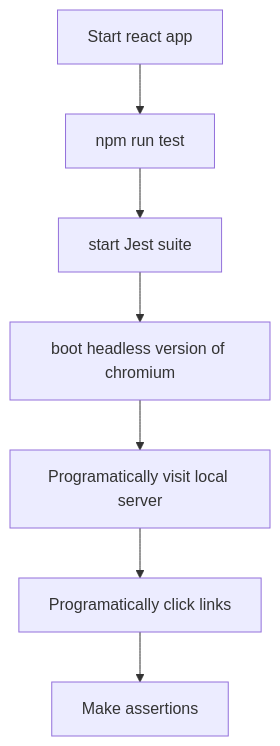
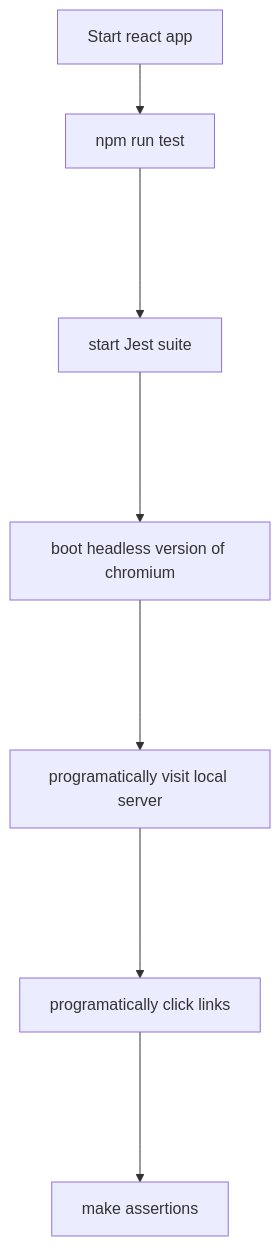
Before and after one commit to gauravrai/node-blog: the diagram in README.md, drawn with Mermaid.

Commit message:
add flow for test

````diff
--- a/README.md
+++ b/README.md
@@ -28,9 +28,9 @@
 ```mermaid
 flowchart TD
     A[Start react app]-->B[npm run test];
-    B-->C[start Jest suite];
-    C-->D[boot headless version of chromium];
-    D-->E[Programatically visit local server];
-    E-->F[Programatically click links];
-    F-->G[Make assertions];
+    B---->C[start Jest suite];
+    C---->D[boot headless version of chromium];
+    D---->E[programatically visit local server];
+    E---->F[programatically click links];
+    F---->G[make assertions];
 ```
````
